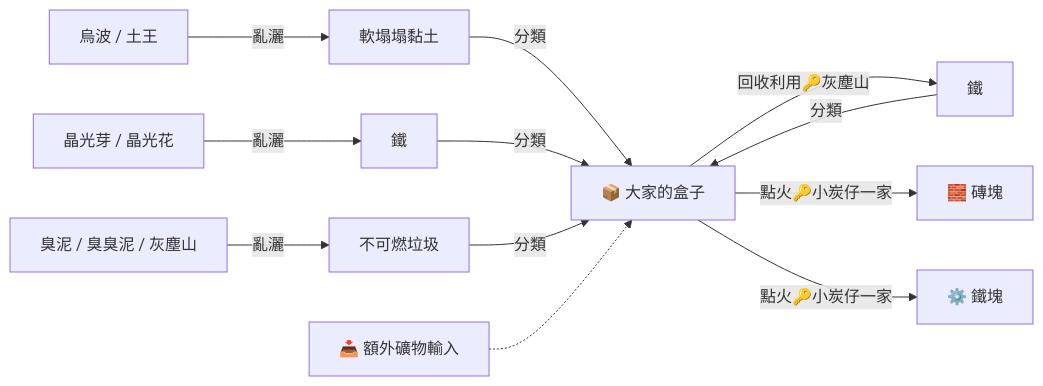
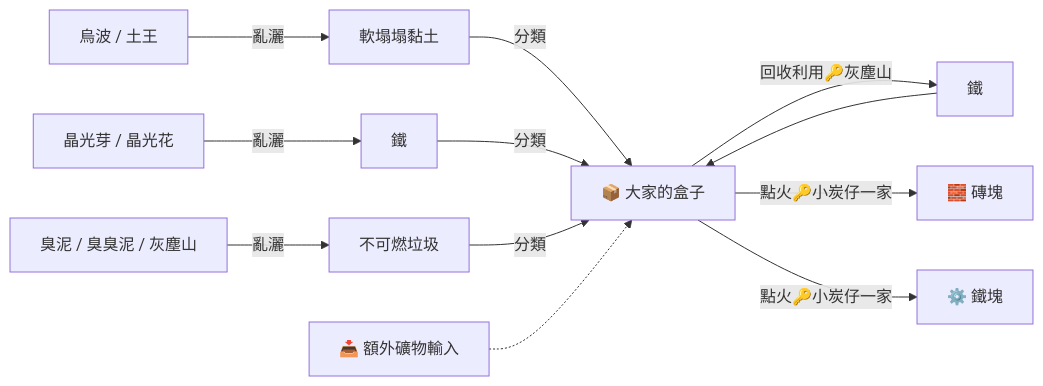
The third of 4 diagrams in README.md (G36maid/pokopia), drawn with Mermaid before and after one commit.

Commit message:
fix recycle flow

````diff
--- a/README.md
+++ b/README.md
@@ -30,16 +30,16 @@
 ```mermaid
 flowchart LR
     WP["烏波 / 土王"] -->|"亂灑"| CLAY["軟塌塌黏土"]
     GL["晶光芽 / 晶光花"] -->|"亂灑"| IRON["鐵"]
     GB["臭泥 / 臭臭泥 / 灰塵山"] -->|"亂灑"| TRASH["不可燃垃圾"]
 
     CLAY -->|"分類"| BOX["📦 大家的盒子"]
     IRON -->|"分類"| BOX
     TRASH -->|"分類"| BOX
     BOX -->|"回收利用🔑灰塵山"| IRON_R["鐵"]
-    IRON_R -->|"分類"| BOX
+    IRON_R --> BOX
     EXTRA["📥 額外礦物輸入"] -.-> BOX
 
     BOX -->|"點火🔑小炭仔一家"| BRICK["🧱 磚塊"]
     BOX -->|"點火🔑小炭仔一家"| IBLOCK["⚙️ 鐵塊"]
 ```
````
